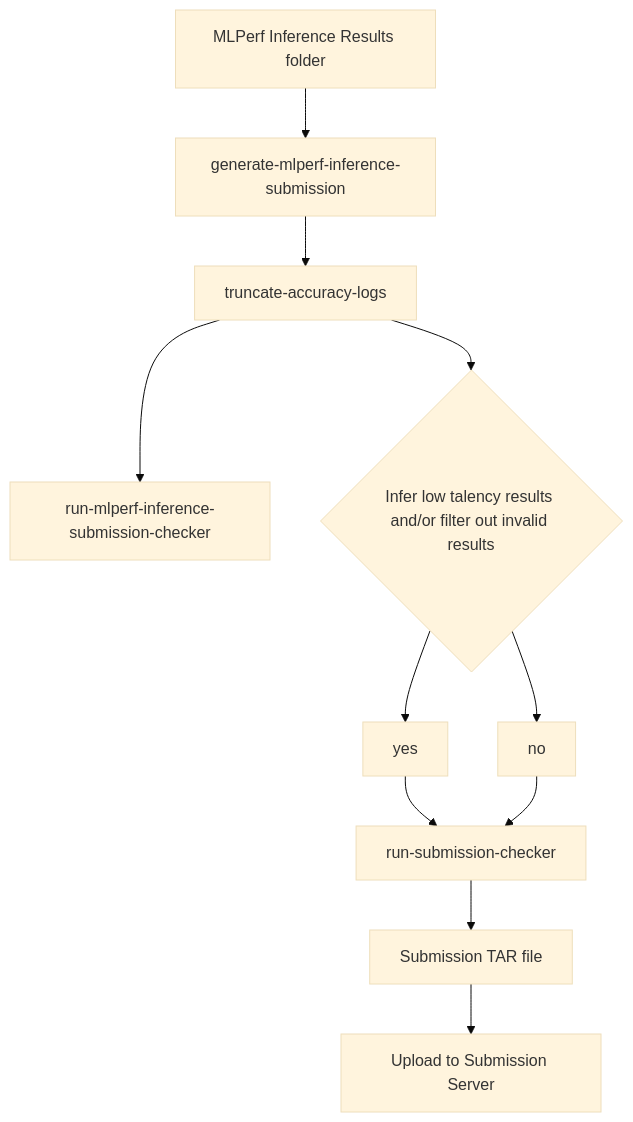
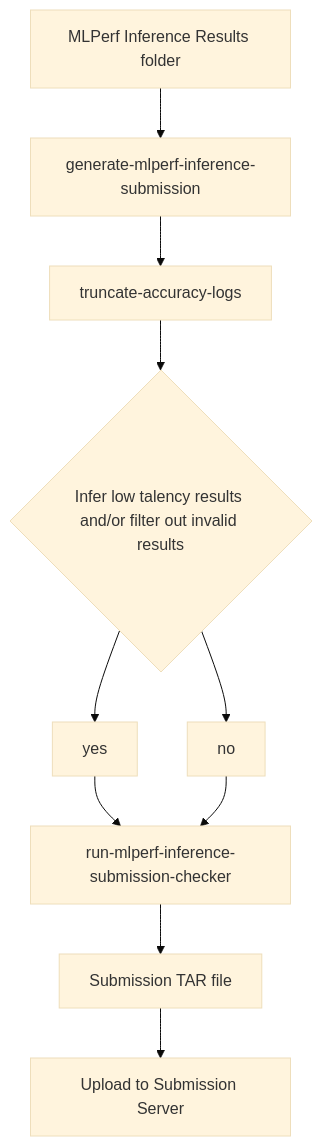
One commit to GATEOverflow/inference changed the first of 2 diagrams in docs/submission/index.md. Above: the diagram before and after it, drawn with Mermaid (base theme).

````diff
--- a/docs/submission/index.md
+++ b/docs/submission/index.md
@@ -13,11 +13,10 @@
 ```mermaid
 flowchart TB
     A[MLPerf Inference Results folder] --> B[generate-mlperf-inference-submission]
     B --> C[truncate-accuracy-logs]
-    C --> D[run-mlperf-inference-submission-checker]
-    C --> E{Infer low talency results and/or filter out invalid results}
-    E --> yes --> F[preprocess-mlperf-inference-submission]
-    E --> no --> F[run-submission-checker]
-    F --> G[Submission TAR file]
-    G --> H[Upload to Submission Server]
+    C --> D{Infer low talency results and/or filter out invalid results}
+    D --> yes --> E[preprocess-mlperf-inference-submission]
+    D --> no --> E[run-mlperf-inference-submission-checker]
+    E --> F[Submission TAR file]
+    F --> G[Upload to Submission Server]
 ```
````
